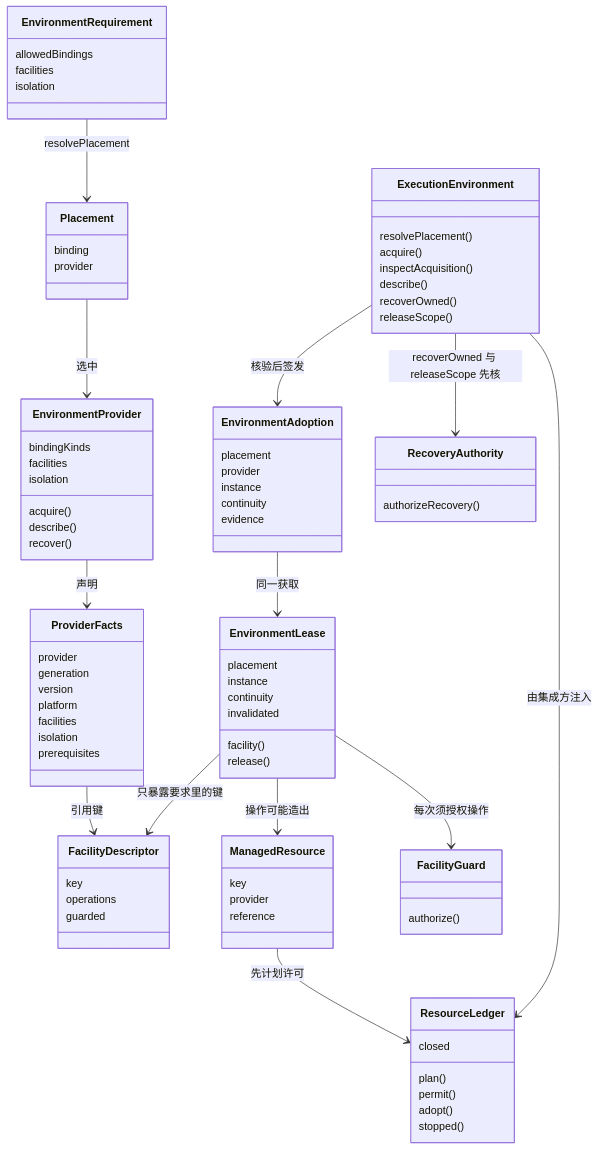
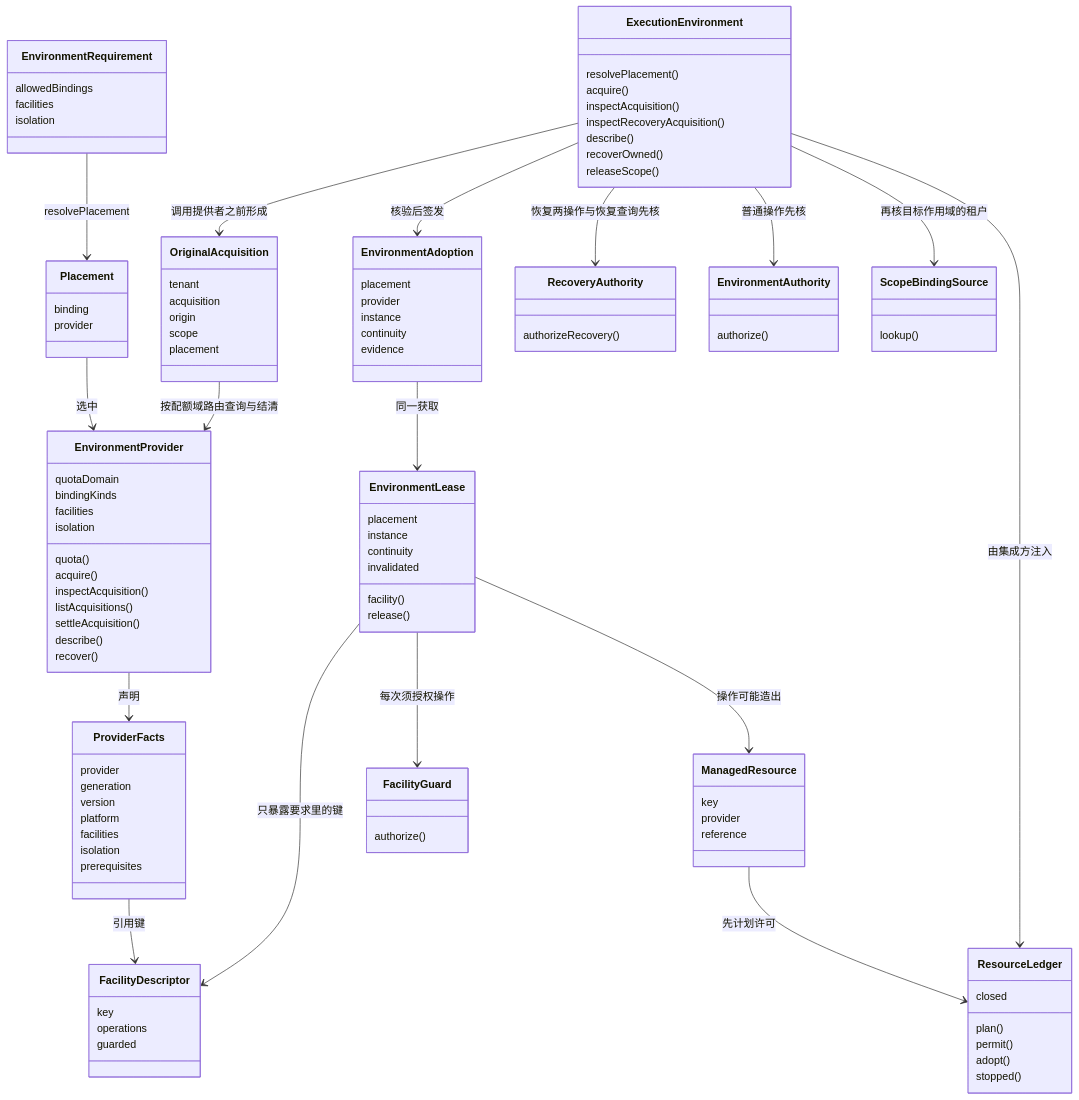
The first of 5 diagrams in packages/execution/execution-environment-contract/docs/object-model.md (nemori-ai/omne-harness-lite), drawn with Mermaid before and after one commit. The commit also changed other lines of this file and 136 other files, not shown here.

First line of the commit message:
feat(context,execution): RC and EE wave 4 types, registry, host files domain and RQ migration

````diff
--- a/packages/execution/execution-environment-contract/docs/object-model.md
+++ b/packages/execution/execution-environment-contract/docs/object-model.md
@@ -118,12 +123,24 @@
     provider
   }
   class EnvironmentProvider {
+    quotaDomain
     bindingKinds
     facilities
     isolation
+    quota()
     acquire()
+    inspectAcquisition()
+    listAcquisitions()
+    settleAcquisition()
     describe()
     recover()
+  }
+  class OriginalAcquisition {
+    tenant
+    acquisition
+    origin
+    scope
+    placement
   }
   class ProviderFacts {
     provider
@@ -172,10 +189,17 @@
   class RecoveryAuthority {
     authorizeRecovery()
   }
+  class EnvironmentAuthority {
+    authorize()
+  }
+  class ScopeBindingSource {
+    lookup()
+  }
   class ExecutionEnvironment {
     resolvePlacement()
     acquire()
     inspectAcquisition()
+    inspectRecoveryAcquisition()
     describe()
     recoverOwned()
     releaseScope()
@@ -190,6 +214,10 @@
   EnvironmentLease --> FacilityGuard : 每次须授权操作
   EnvironmentLease --> ManagedResource : 操作可能造出
   ManagedResource --> ResourceLedger : 先计划许可
-  ExecutionEnvironment --> RecoveryAuthority : recoverOwned 与 releaseScope 先核
+  ExecutionEnvironment --> RecoveryAuthority : 恢复两操作与恢复查询先核
   ExecutionEnvironment --> ResourceLedger : 由集成方注入
+  ExecutionEnvironment --> EnvironmentAuthority : 普通操作先核
+  ExecutionEnvironment --> ScopeBindingSource : 再核目标作用域的租户
+  ExecutionEnvironment --> OriginalAcquisition : 调用提供者之前形成
+  OriginalAcquisition --> EnvironmentProvider : 按配额域路由查询与结清
 ```
````
